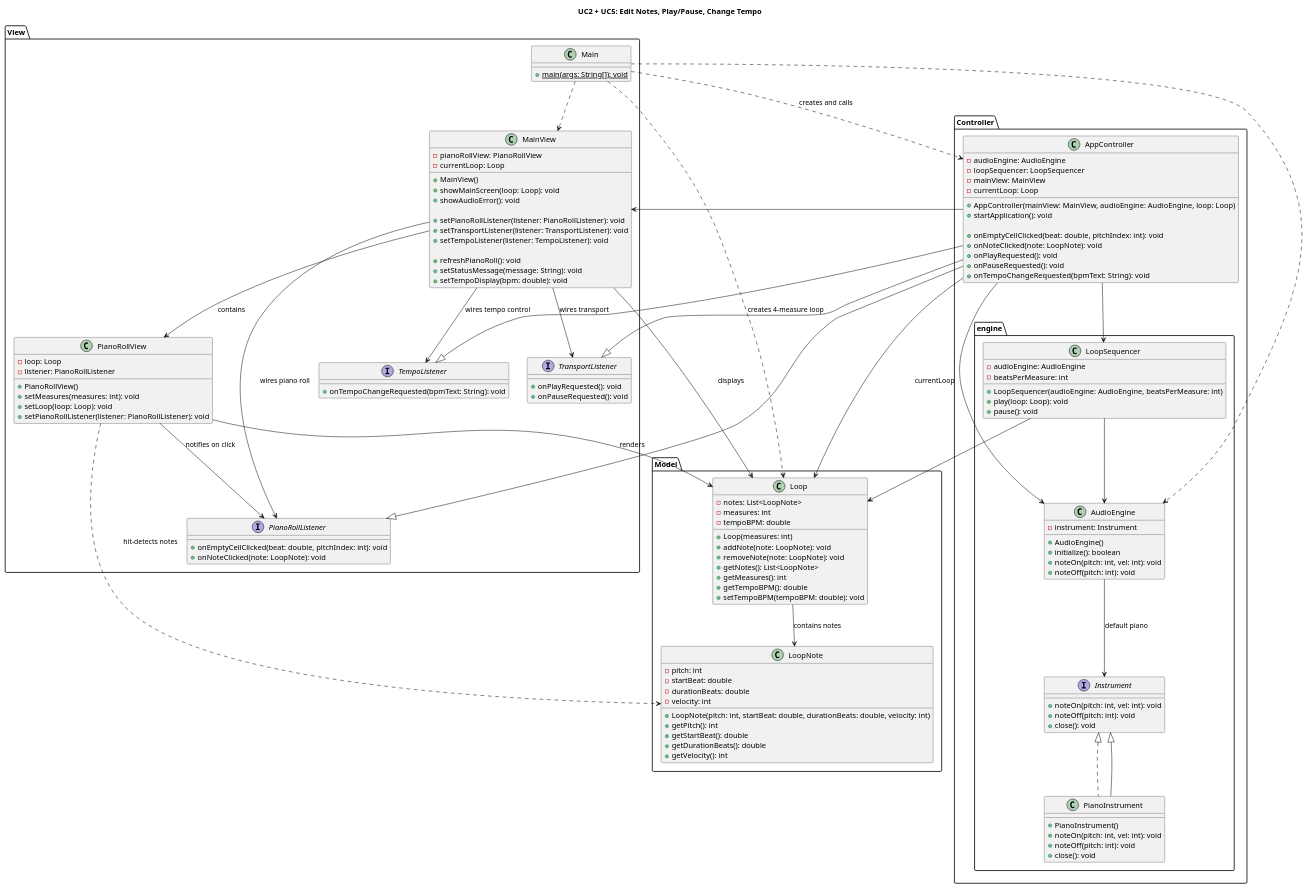
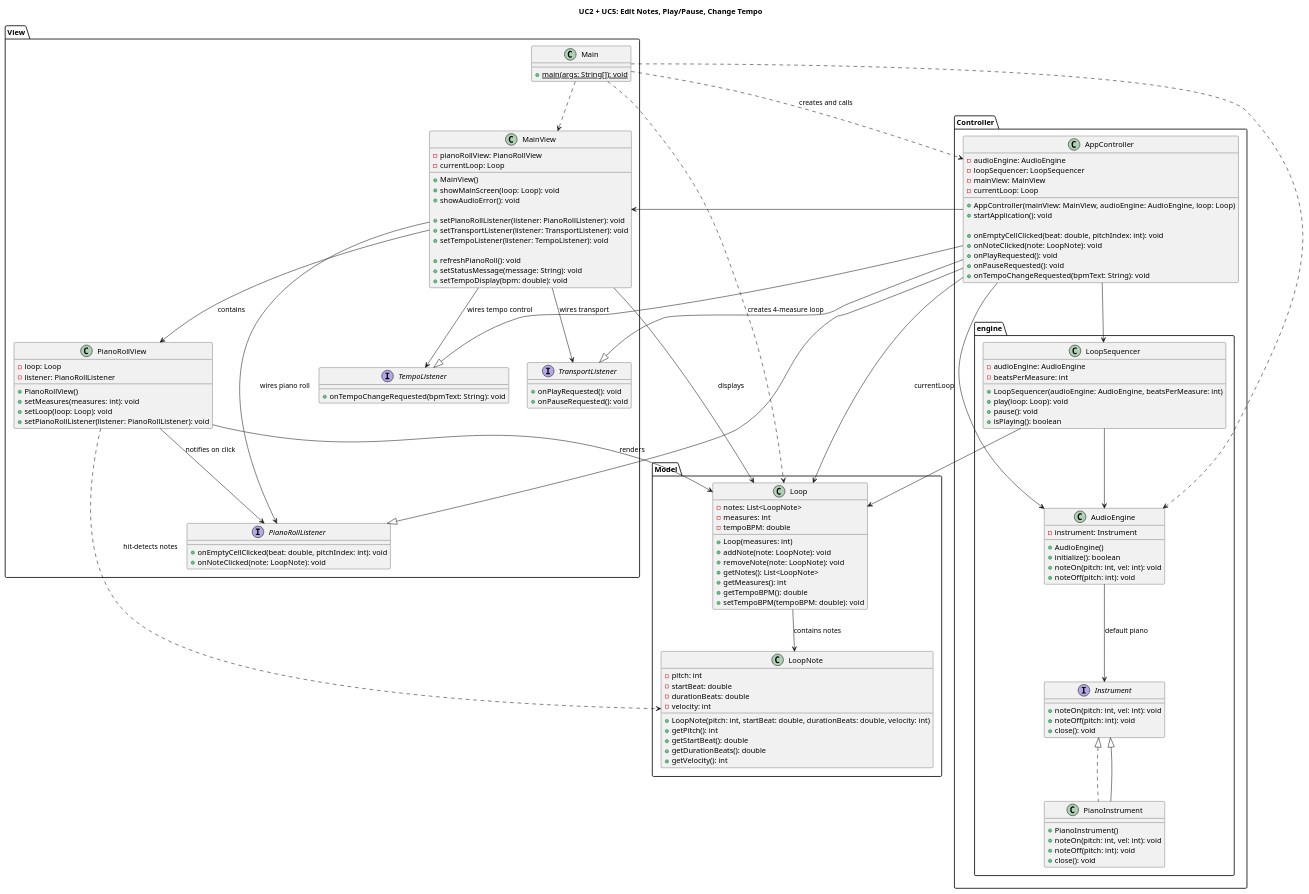
One commit to nu-cs-sw-design/project-20252601-music_platform changed the diagram in docs/design/design.puml. Above: the diagram before and after it, drawn with PlantUML.

Commit message:
diagram updated

```diff
--- a/docs/design/design.puml
+++ b/docs/design/design.puml
@@ -1,167 +1,168 @@
 @startuml
 title UC2 + UC5: Edit Notes, Play/Pause, Change Tempo
 
 package View {
     class Main {
         +{static} main(args: String[]): void
     }
 
     class MainView {
         -pianoRollView: PianoRollView
         -currentLoop: Loop
         ' UI fields for tempo input (conceptual)
         '-tempoTextField: JTextField
 
         +MainView()
         +showMainScreen(loop: Loop): void
         +showAudioError(): void
 
         +setPianoRollListener(listener: PianoRollListener): void
         +setTransportListener(listener: TransportListener): void
         +setTempoListener(listener: TempoListener): void
 
         +refreshPianoRoll(): void
         +setStatusMessage(message: String): void
         +setTempoDisplay(bpm: double): void
     }
 
     class PianoRollView {
         -loop: Loop
         -listener: PianoRollListener
 
         +PianoRollView()
         +setMeasures(measures: int): void
         +setLoop(loop: Loop): void
         +setPianoRollListener(listener: PianoRollListener): void
         ' Internally handles mouse clicks, hit-detects notes,
         ' and calls listener.
     }
 
     interface PianoRollListener {
         +onEmptyCellClicked(beat: double, pitchIndex: int): void
         +onNoteClicked(note: LoopNote): void
     }
 
     interface TransportListener {
         +onPlayRequested(): void
         +onPauseRequested(): void
     }
 
     interface TempoListener {
         +onTempoChangeRequested(bpmText: String): void
     }
 }
 
 package Model {
     class Loop {
         -notes: List<LoopNote>
         -measures: int
         -tempoBPM: double
 
         +Loop(measures: int)
         +addNote(note: LoopNote): void
         +removeNote(note: LoopNote): void
         +getNotes(): List<LoopNote>
         +getMeasures(): int
         +getTempoBPM(): double
         +setTempoBPM(tempoBPM: double): void
     }
 
     class LoopNote {
         -pitch: int
         -startBeat: double
         -durationBeats: double
         -velocity: int
 
         +LoopNote(pitch: int, startBeat: double, durationBeats: double, velocity: int)
         +getPitch(): int
         +getStartBeat(): double
         +getDurationBeats(): double
         +getVelocity(): int
     }
 }
 
 package Controller {
     class AppController {
         -audioEngine: AudioEngine
         -loopSequencer: LoopSequencer
         -mainView: MainView
         -currentLoop: Loop
 
         +AppController(mainView: MainView, audioEngine: AudioEngine, loop: Loop)
         +startApplication(): void
 
         +onEmptyCellClicked(beat: double, pitchIndex: int): void
         +onNoteClicked(note: LoopNote): void
         +onPlayRequested(): void
         +onPauseRequested(): void
         +onTempoChangeRequested(bpmText: String): void
     }
 
     AppController --|> PianoRollListener
     AppController --|> TransportListener
     AppController --|> TempoListener
 
     package engine {
         interface Instrument {
             +noteOn(pitch: int, vel: int): void
             +noteOff(pitch: int): void
             +close(): void
         }
 
         class PianoInstrument implements Instrument {
             +PianoInstrument()
             +noteOn(pitch: int, vel: int): void
             +noteOff(pitch: int): void
             +close(): void
         }
 
         class AudioEngine {
             -instrument: Instrument
             +AudioEngine()
             +initialize(): boolean
             +noteOn(pitch: int, vel: int): void
             +noteOff(pitch: int): void
         }
 
         class LoopSequencer {
             -audioEngine: AudioEngine
             -beatsPerMeasure: int
 
             +LoopSequencer(audioEngine: AudioEngine, beatsPerMeasure: int)
             +play(loop: Loop): void
             +pause(): void
+            +isPlaying(): boolean
         }
     }
 }
 
 ' --- Relationships ---
 
 Main ..> AppController : "creates and calls"
 Main ..> MainView
 Main ..> AudioEngine
 Main ..> Loop : "creates 4-measure loop"
 
 MainView --> PianoRollView : "contains"
 MainView --> Loop : "displays"
 MainView --> PianoRollListener : "wires piano roll"
 MainView --> TransportListener : "wires transport"
 MainView --> TempoListener : "wires tempo control"
 
 PianoRollView --> Loop : "renders"
 PianoRollView ..> LoopNote : "hit-detects notes"
 PianoRollView --> PianoRollListener : "notifies on click"
 
 AppController --> MainView
 AppController --> AudioEngine
 AppController --> LoopSequencer
 AppController --> Loop : "currentLoop"
 
 Controller.engine.PianoInstrument --|> Controller.engine.Instrument
 Controller.engine.AudioEngine --> Controller.engine.Instrument : "default piano"
 
 Loop --> LoopNote : "contains notes"
 Controller.engine.LoopSequencer --> Controller.engine.AudioEngine
 Controller.engine.LoopSequencer --> Loop
 
 @enduml
```
